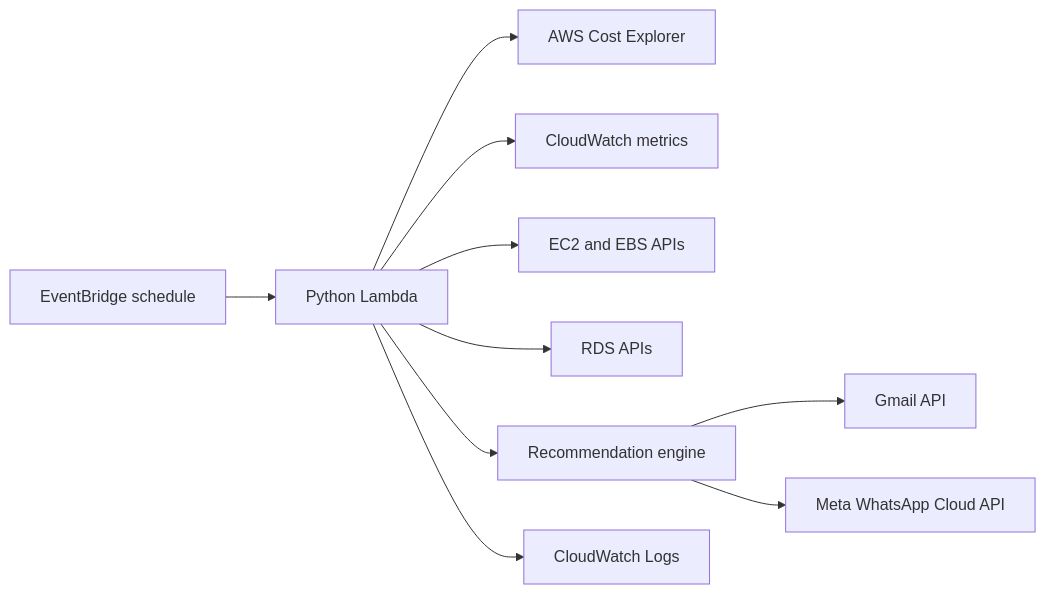
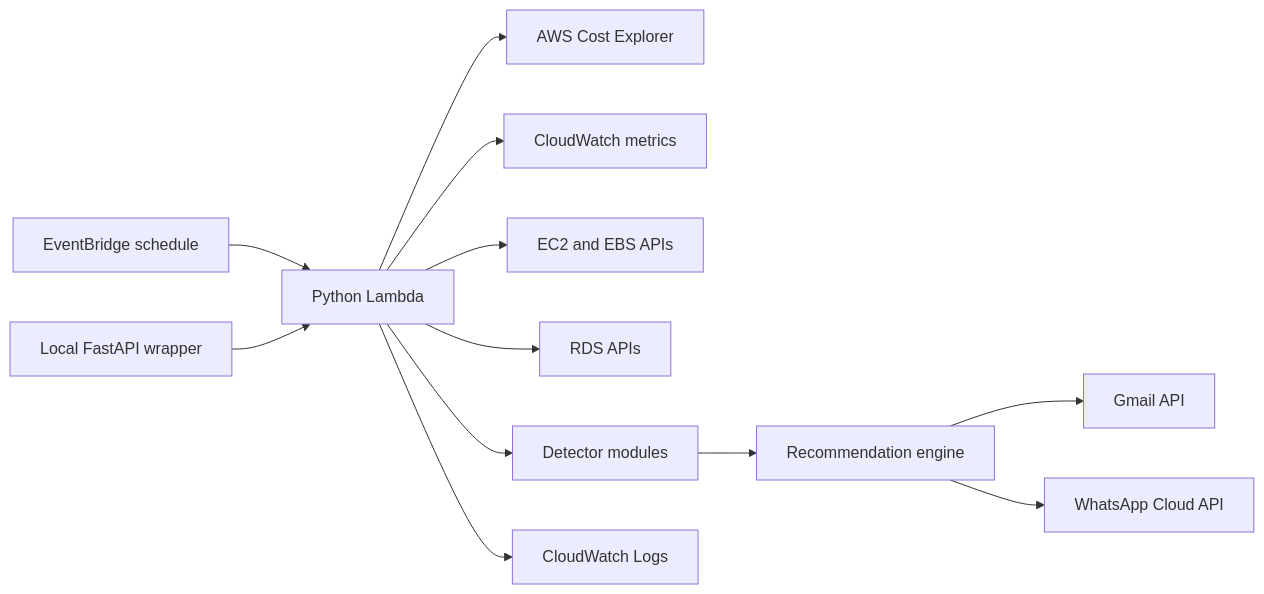
One commit to Rohit1204/cloud-cost-guardrail-analyzer changed the diagram in README.md. Above: the diagram before and after it, drawn with Mermaid. The commit also changed other lines of this file and 5 other files, not shown here.

````diff
--- a/README.md
+++ b/README.md
@@ -17,12 +20,14 @@
 ```mermaid
 flowchart LR
   EventBridge["EventBridge schedule"] --> Lambda["Python Lambda"]
   Lambda --> CostExplorer["AWS Cost Explorer"]
   Lambda --> CloudWatch["CloudWatch metrics"]
   Lambda --> EC2["EC2 and EBS APIs"]
   Lambda --> RDS["RDS APIs"]
-  Lambda --> Recommendations["Recommendation engine"]
-  Recommendations --> Gmail["Gmail API"]
-  Recommendations --> WhatsApp["Meta WhatsApp Cloud API"]
+  Lambda --> Analyzer["Detector modules"]
+  Analyzer --> Recommender["Recommendation engine"]
+  Recommender --> Gmail["Gmail API"]
+  Recommender --> WhatsApp["WhatsApp Cloud API"]
   Lambda --> Logs["CloudWatch Logs"]
+  FastAPI["Local FastAPI wrapper"] --> Lambda
 ```
````
